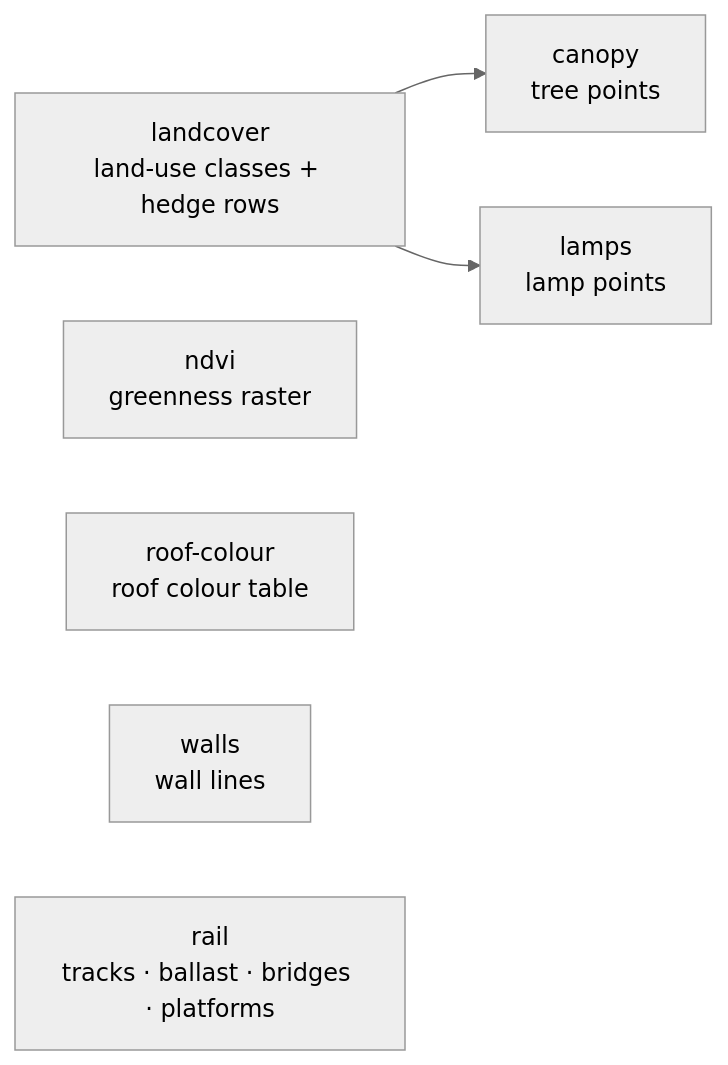
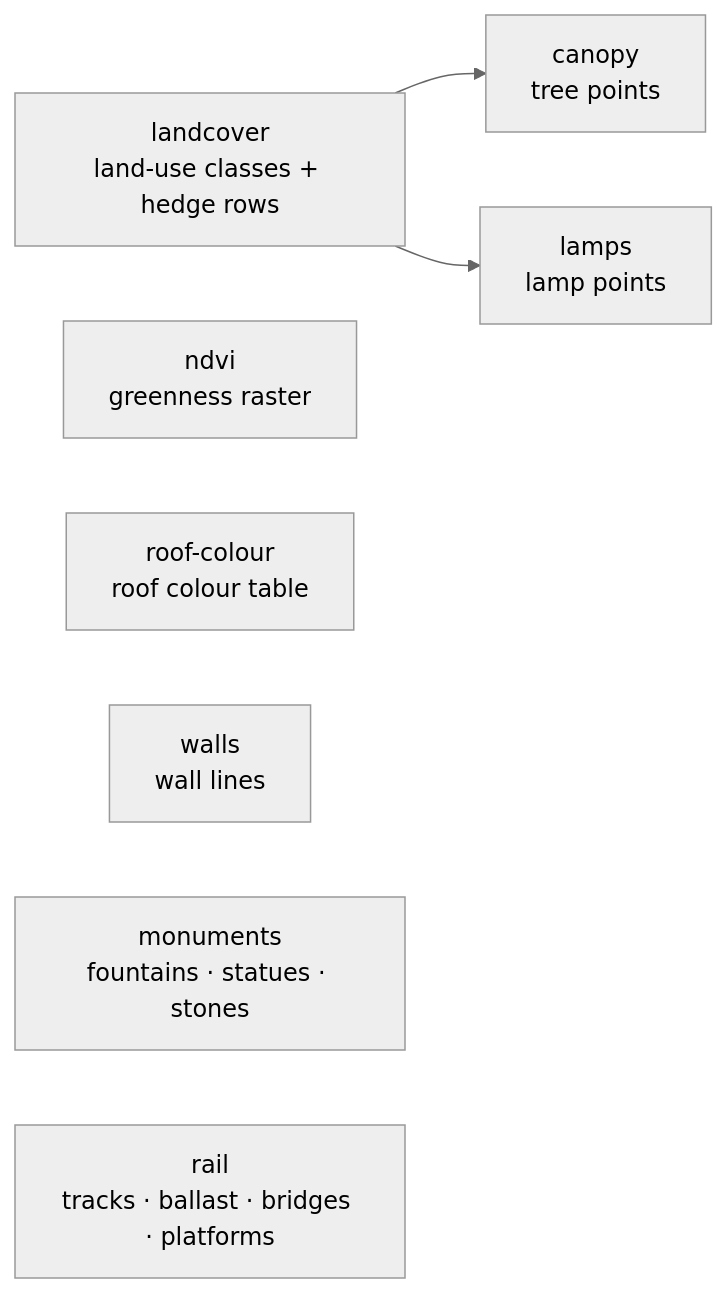
Before and after one commit to mdugue/bridge: the second of 2 diagrams in docs/guide/en/data-journey.md, drawn with Mermaid (neutral theme). The commit also changed other lines of this file and 41 other files, not shown here.

````diff
--- a/docs/guide/en/data-journey.md
+++ b/docs/guide/en/data-journey.md
@@ -68,9 +68,10 @@
 ```mermaid
 flowchart LR
   DLM["landcover<br/>land-use classes + hedge rows"] --> CAN["canopy<br/>tree points"]
   DLM --> LAMP["lamps<br/>lamp points"]
   NDVI["ndvi<br/>greenness raster"]
   ROOF["roof-colour<br/>roof colour table"]
   WALL["walls<br/>wall lines"]
+  MON["monuments<br/>fountains · statues · stones"]
   RAIL["rail<br/>tracks · ballast · bridges · platforms"]
 ```
````
